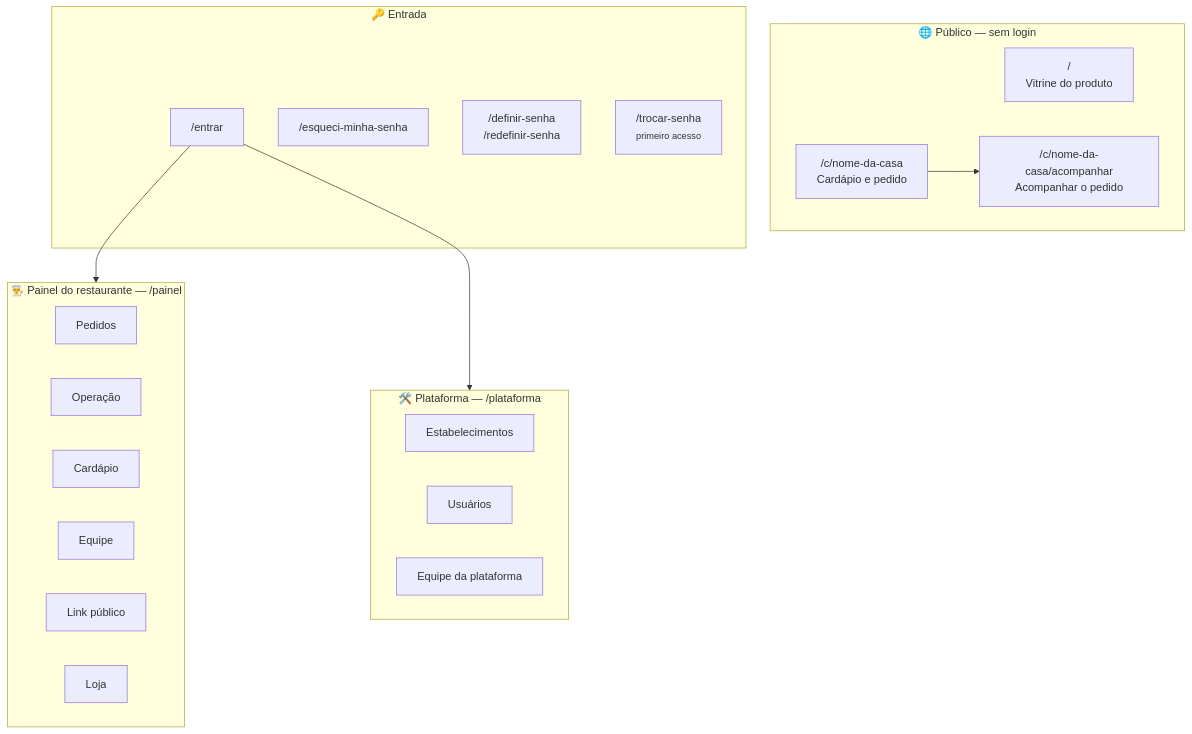
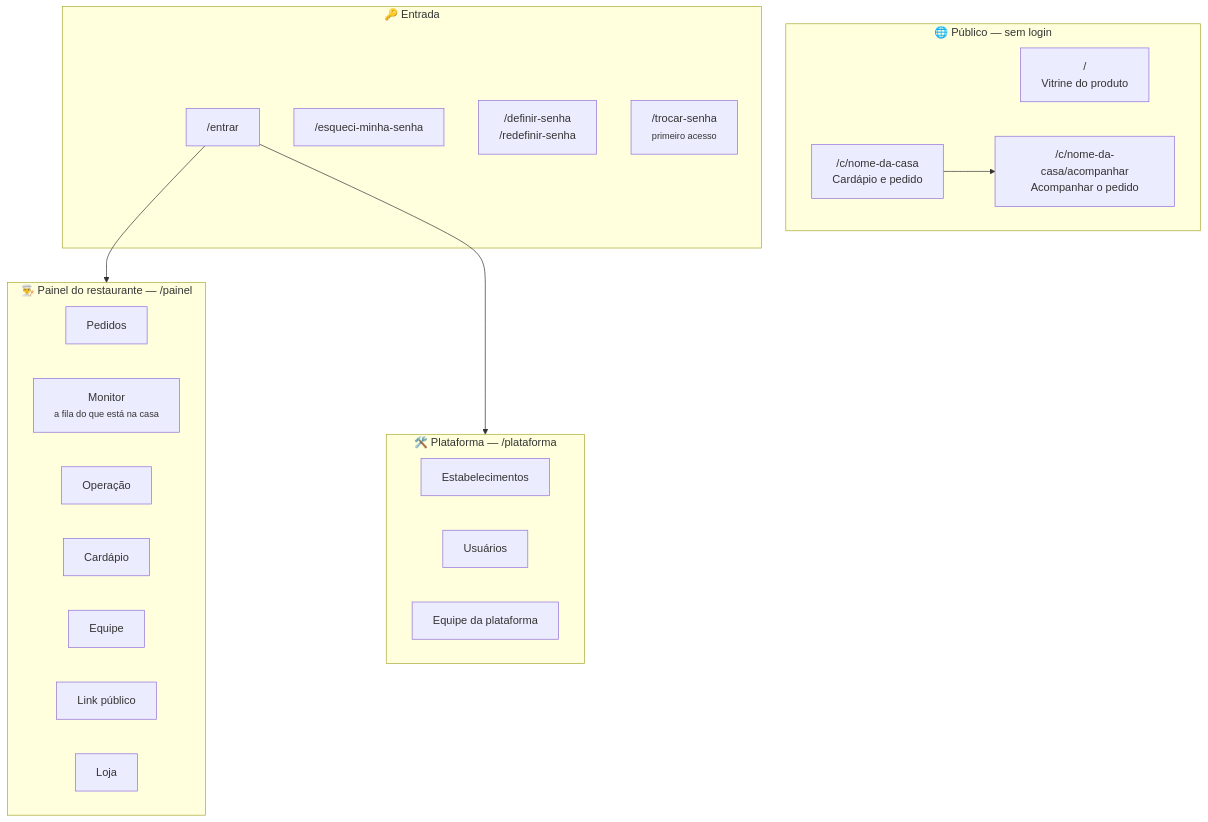
Before and after one commit to CamiloEduardo1904/GrelhaHub: the diagram in docs/arquitetura/03-frontend.md, drawn with Mermaid. The commit also changed other lines of this file and 35 other files, not shown here.

First line of the commit message:
A fila do que ainda está na casa — e o polling que morria em silêncio

````diff
--- a/docs/arquitetura/03-frontend.md
+++ b/docs/arquitetura/03-frontend.md
@@ -12,34 +12,35 @@
 ```mermaid
 flowchart TB
     subgraph PUB["🌐 Público — sem login"]
         L["/<br/>Vitrine do produto"]
         CA["/c/nome-da-casa<br/>Cardápio e pedido"]
         AC["/c/nome-da-casa/acompanhar<br/>Acompanhar o pedido"]
     end
 
     subgraph AUT["🔑 Entrada"]
         EN["/entrar"]
         ES["/esqueci-minha-senha"]
         DE["/definir-senha<br/>/redefinir-senha"]
         TR["/trocar-senha<br/><small>primeiro acesso</small>"]
     end
 
     subgraph REST["👨‍🍳 Painel do restaurante — /painel"]
         PE["Pedidos"]
+        MO["Monitor<br/><small>a fila do que está na casa</small>"]
         OP["Operação"]
         CD["Cardápio"]
         EQ["Equipe"]
         LK["Link público"]
         LJ["Loja"]
     end
 
     subgraph PLAT["🛠️ Plataforma — /plataforma"]
         ES2["Estabelecimentos"]
         US["Usuários"]
         EP["Equipe da plataforma"]
     end
 
     CA --> AC
     EN --> REST
     EN --> PLAT
 ```
````
